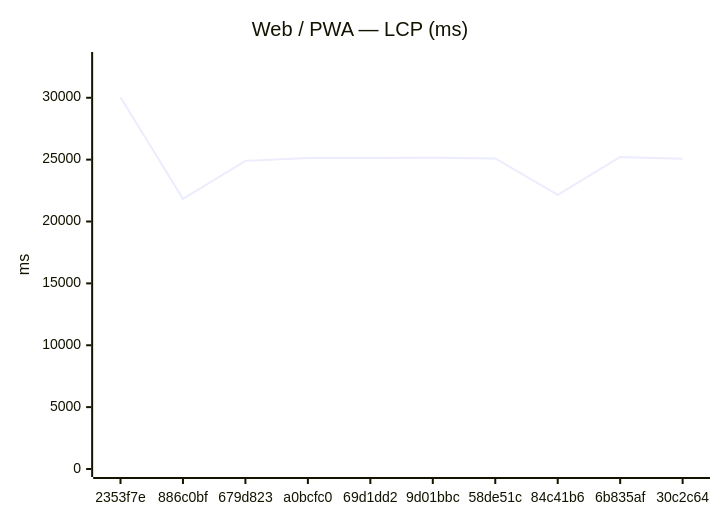
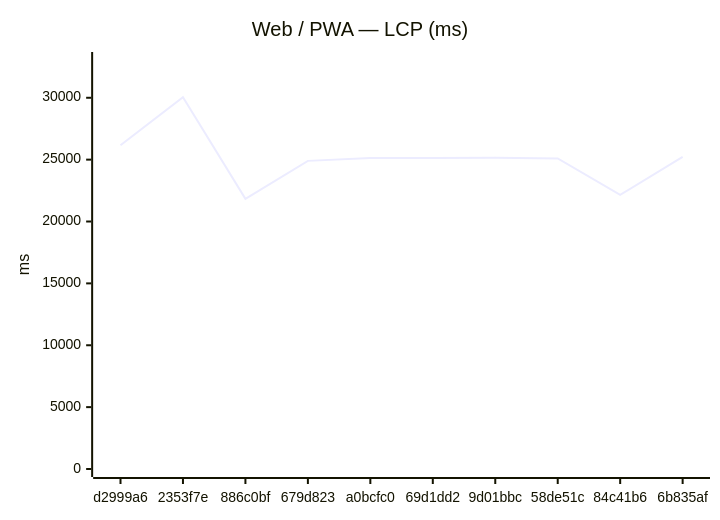
One commit to Metaheurist/Rianell changed the first of 12 diagrams in benchmarks/compare.md. Above: the diagram before and after it, drawn with Mermaid. The commit also changed other lines of this file and 8 other files, not shown here.

````diff
--- a/benchmarks/compare.md
+++ b/benchmarks/compare.md
@@ -24,7 +24,7 @@
 ```mermaid
 xychart-beta
     title "Web / PWA — LCP (ms)"
-    x-axis ["2353f7e", "886c0bf", "679d823", "a0bcfc0", "69d1dd2", "9d01bbc", "58de51c", "84c41b6", "6b835af", "30c2c64"]
+    x-axis ["d2999a6", "2353f7e", "886c0bf", "679d823", "a0bcfc0", "69d1dd2", "9d01bbc", "58de51c", "84c41b6", "6b835af"]
     y-axis "ms" 0 --> 33052
-    line [30047, 21835, 24900, 25139, 25124, 25162, 25092, 22152, 25215, 25064]
+    line [26164, 30047, 21835, 24900, 25139, 25124, 25162, 25092, 22152, 25215]
 ```
````
